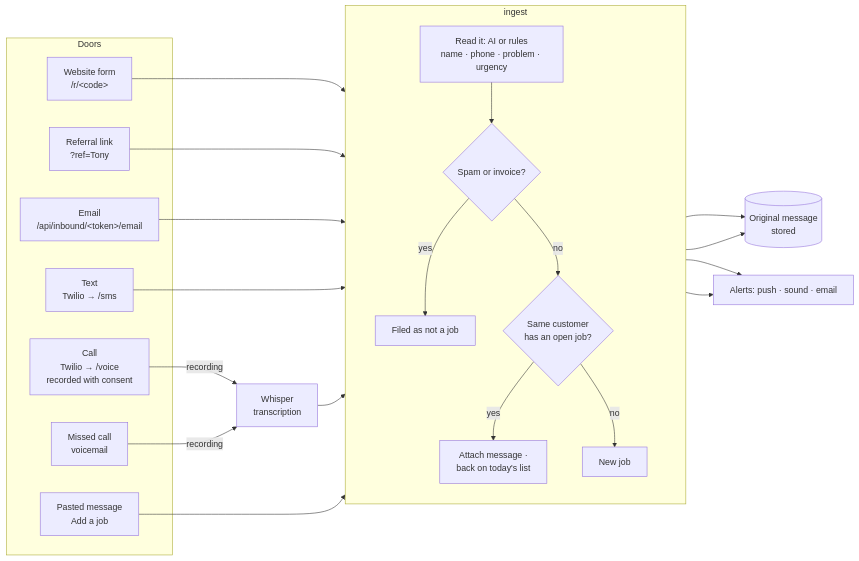
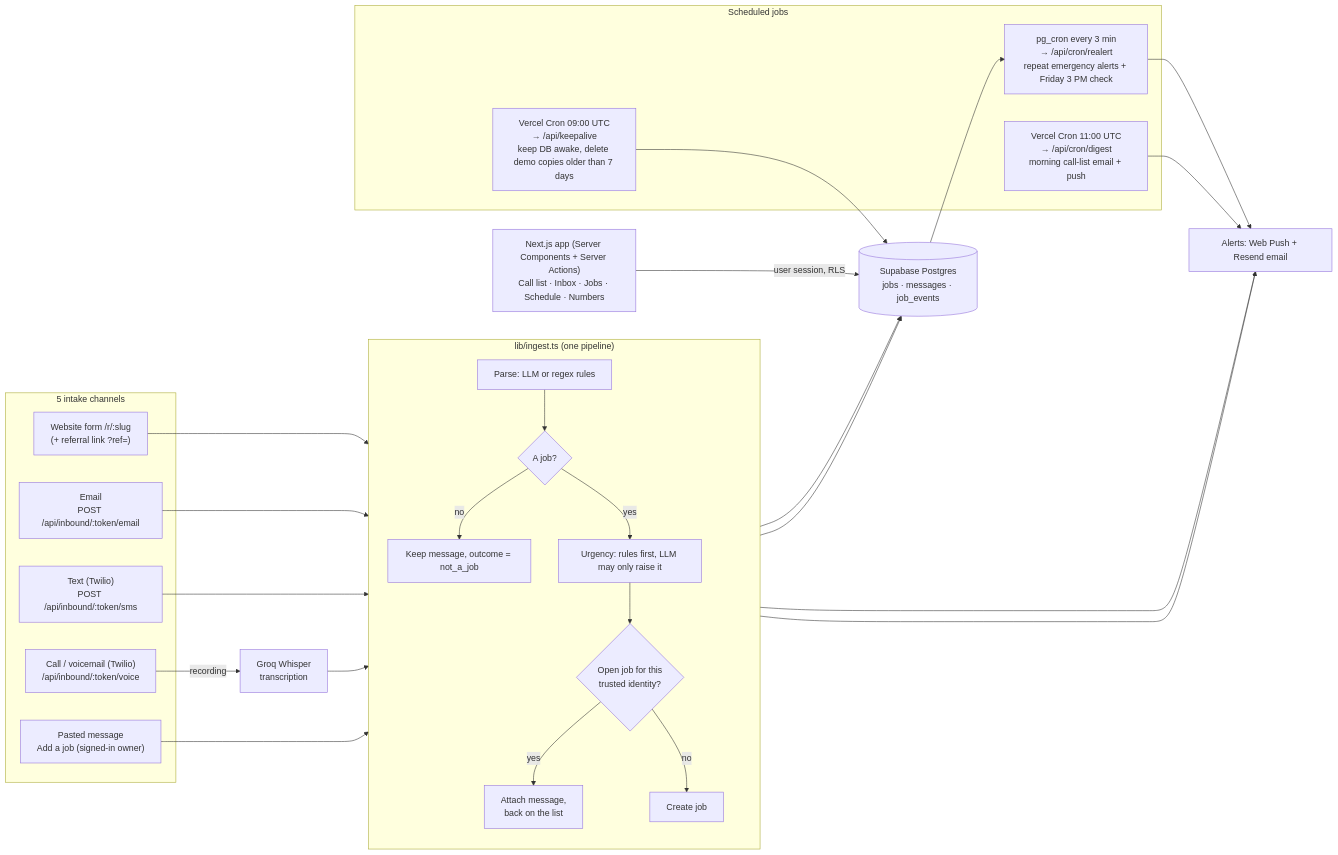
The first of 3 diagrams in README.md (Zakuroooo/FollowUp), drawn with Mermaid before and after one commit. The commit also changed other lines of this file, not shown here.

Commit message:
Rewrite README: architecture, request flow, schema, stack, verified test counts

````diff
--- a/README.md
+++ b/README.md
@@ -96,26 +97,46 @@
 ```mermaid
 flowchart LR
-  subgraph Doors
-    W[Website form<br/>/r/&lt;code&gt;]
-    R[Referral link<br/>?ref=Tony]
-    E[Email<br/>/api/inbound/&lt;token&gt;/email]
-    S[Text<br/>Twilio → /sms]
-    C[Call<br/>Twilio → /voice<br/>recorded with consent]
-    V[Missed call<br/>voicemail]
-    P[Pasted message<br/>Add a job]
+  subgraph Channels["5 intake channels"]
+    WF["Website form /r/:slug<br/>(+ referral link ?ref=)"]
+    EM["Email<br/>POST /api/inbound/:token/email"]
+    SMS["Text (Twilio)<br/>POST /api/inbound/:token/sms"]
+    CALL["Call / voicemail (Twilio)<br/>/api/inbound/:token/voice"]
+    PASTE["Pasted message<br/>Add a job (signed-in owner)"]
   end
-  C -->|recording| T[Whisper<br/>transcription]
-  V -->|recording| T
-  W & R & E & S & T & P --> I
 
-  subgraph I[ingest]
+  CALL -->|recording| WH["Groq Whisper<br/>transcription"]
+
+  WF --> ING
+  EM --> ING
+  SMS --> ING
+  WH --> ING
+  PASTE --> ING
+
+  subgraph ING["lib/ingest.ts (one pipeline)"]
     direction TB
-    I1[Read it: AI or rules<br/>name · phone · problem · urgency] --> I2{Spam or invoice?}
-    I2 -- yes --> I3[Filed as not a job]
-    I2 -- no --> I4{Same customer<br/>has an open job?}
-    I4 -- yes --> I5[Attach message ·<br/>back on today's list]
-    I4 -- no --> I6[New job]
+    P1["Parse: LLM or regex rules"] --> P2{"A job?"}
+    P2 -- no --> P3["Keep message, outcome = not_a_job"]
+    P2 -- yes --> P4["Urgency: rules first, LLM may only raise it"]
+    P4 --> P5{"Open job for this<br/>trusted identity?"}
+    P5 -- yes --> P6["Attach message,<br/>back on the list"]
+    P5 -- no --> P7["Create job"]
   end
-  I5 & I6 --> M[(Original message<br/>stored)]
-  I5 & I6 --> A[Alerts: push · sound · email]
+
+  P6 --> DB[("Supabase Postgres<br/>jobs · messages · job_events")]
+  P7 --> DB
+  P6 --> AL["Alerts: Web Push + Resend email"]
+  P7 --> AL
+
+  subgraph Scheduled["Scheduled jobs"]
+    C1["pg_cron every 3 min<br/>→ /api/cron/realert<br/>repeat emergency alerts + Friday 3 PM check"]
+    C2["Vercel Cron 11:00 UTC<br/>→ /api/cron/digest<br/>morning call-list email + push"]
+    C3["Vercel Cron 09:00 UTC<br/>→ /api/keepalive<br/>keep DB awake, delete demo copies older than 7 days"]
+  end
+
+  DB --> C1
+  C1 --> AL
+  C2 --> AL
+  C3 --> DB
+
+  UI["Next.js app (Server Components + Server Actions)<br/>Call list · Inbox · Jobs · Schedule · Numbers"] -->|"user session, RLS"| DB
 ```
````
